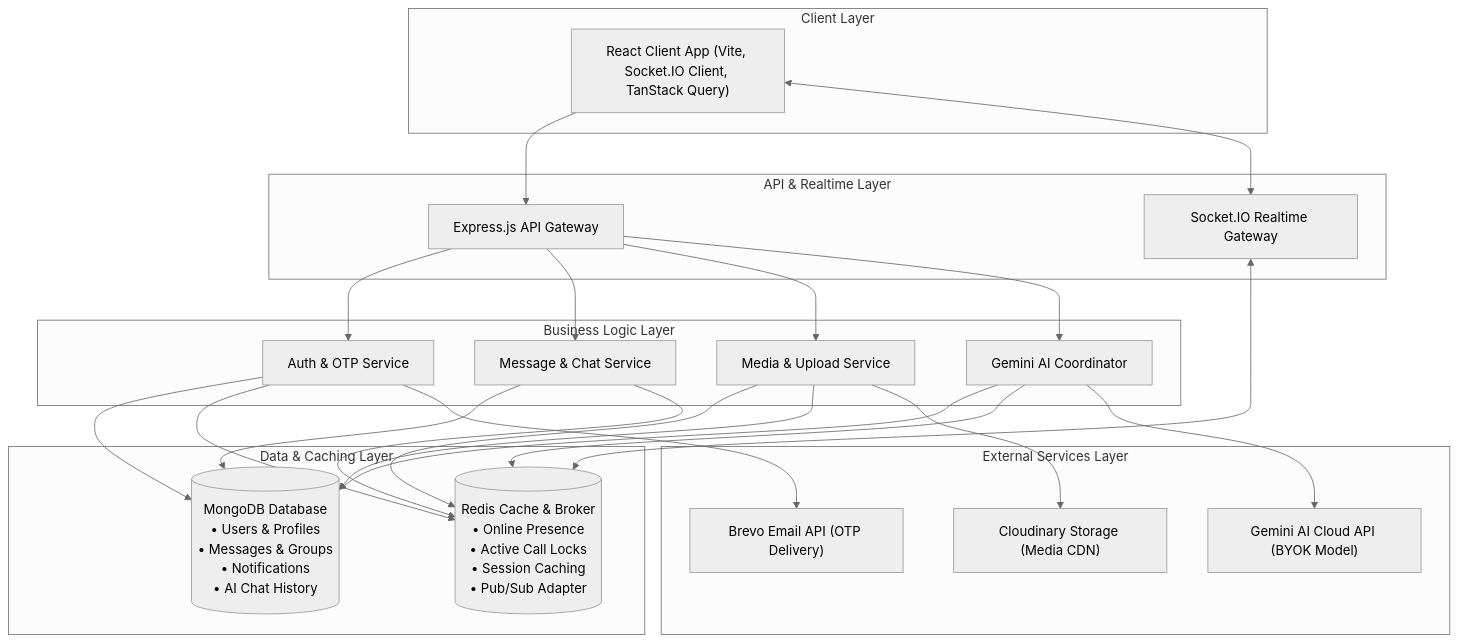
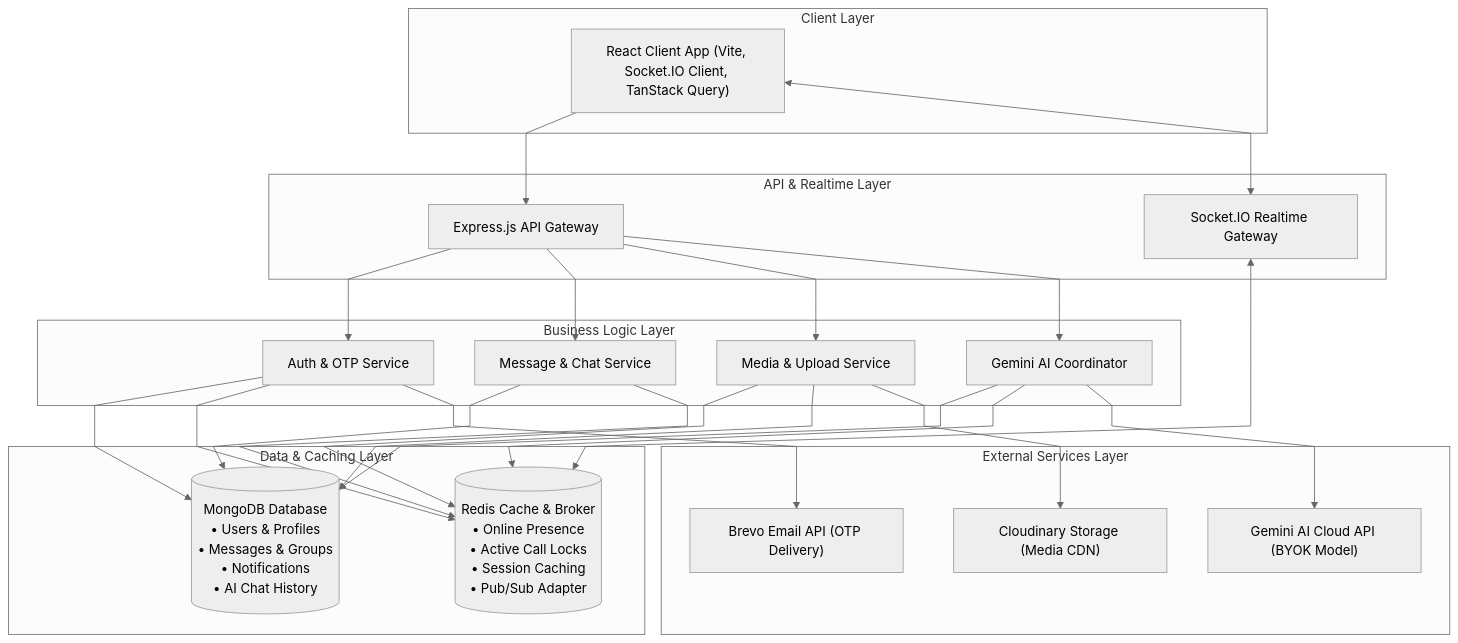
The first of 2 diagrams in docs/architecture.md (SABARITHAN-P/vertex-connect), drawn with Mermaid (neutral theme) before and after one commit.

Commit message:
docs: modified the readme version 2 (architecture.md redesign)

````diff
--- a/docs/architecture.md
+++ b/docs/architecture.md
@@ -11,67 +11,68 @@
 ```mermaid
-graph TD
+%%{ init: { 'flowchart': { 'curve': 'linear' } } }%%
+flowchart TD
     %% 1. Client Layer
     subgraph Client Layer
         Client["React Client App (Vite, Socket.IO Client, TanStack Query)"]
     end
 
     %% 2. API & Realtime Layer
     subgraph API & Realtime Layer
         ExpressAPI["Express.js API Gateway"]
         SocketGateway["Socket.IO Realtime Gateway"]
     end
 
     %% 3. Business Logic Layer
     subgraph Business Logic Layer
         AuthService["Auth & OTP Service"]
         MsgService["Message & Chat Service"]
         MediaService["Media & Upload Service"]
         AIService["Gemini AI Coordinator"]
     end
 
     %% 4. Data Layer
     subgraph Data & Caching Layer
         MongoDB[(MongoDB Database<br/>• Users & Profiles<br/>• Messages & Groups<br/>• Notifications<br/>• AI Chat History)]
         Redis[(Redis Cache & Broker<br/>• Online Presence<br/>• Active Call Locks<br/>• Session Caching<br/>• Pub/Sub Adapter)]
     end
 
     %% 5. External Services Layer
     subgraph External Services Layer
         Brevo["Brevo Email API (OTP Delivery)"]
         Cloudinary["Cloudinary Storage (Media CDN)"]
         GeminiAPI["Gemini AI Cloud API (BYOK Model)"]
     end
 
     %% --- Request & Data Flow ---
 
     %% Client to API Gateways
     Client --> ExpressAPI
     Client <--> SocketGateway
 
     %% API Gateways to Services
     ExpressAPI --> AuthService
     ExpressAPI --> MsgService
     ExpressAPI --> MediaService
     ExpressAPI --> AIService
     
     %% Socket Gateway presence & pub/sub adapter
     SocketGateway <--> Redis
 
     %% Services to Data & Caching
     AuthService --> MongoDB
     AuthService --> Redis
 
     MsgService --> MongoDB
     MsgService --> Redis
 
     MediaService --> Redis
     MediaService --> MongoDB
 
     AIService --> MongoDB
     AIService --> Redis
 
     %% Services to External API Gateways
     AuthService --> Brevo
     MediaService --> Cloudinary
     AIService --> GeminiAPI
 ```
````
